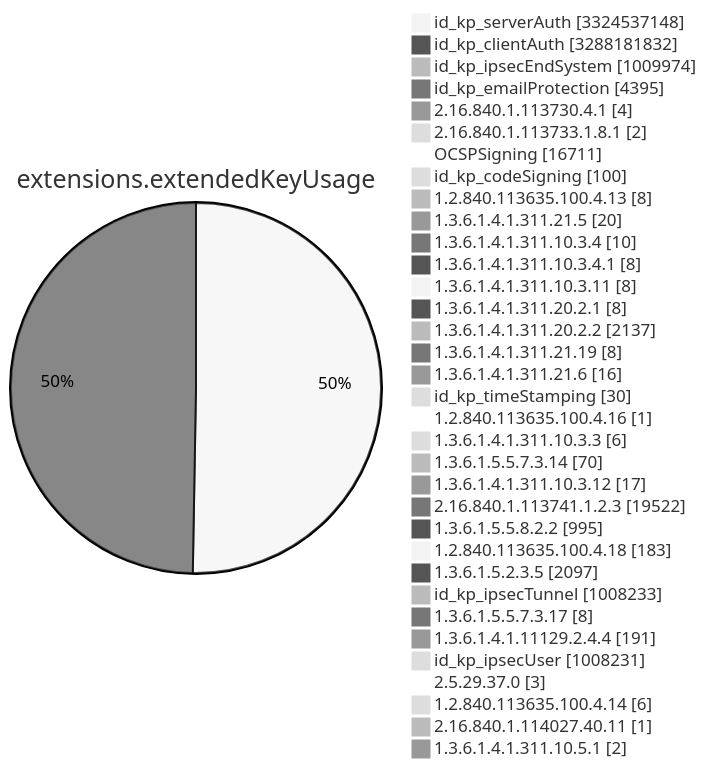
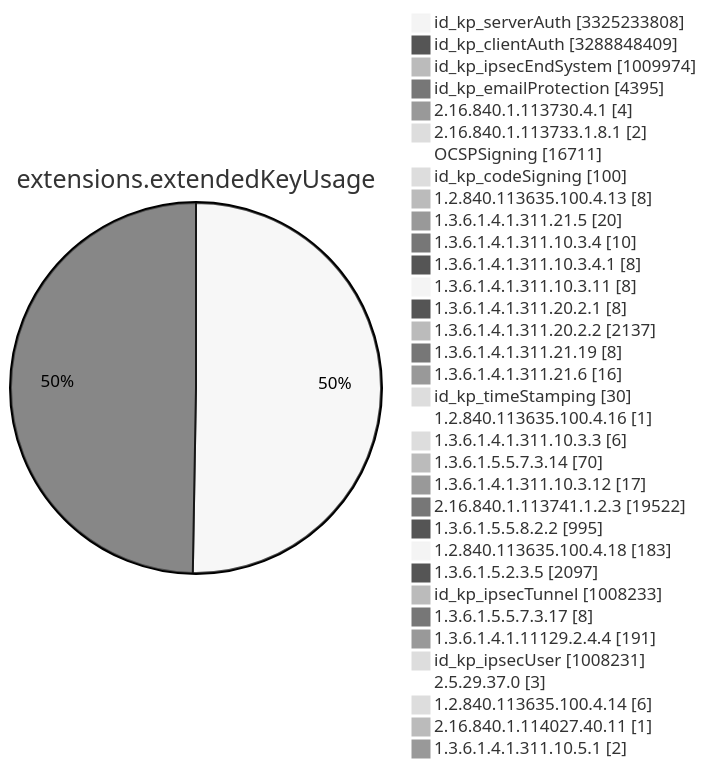
Before and after one commit to christiankrug/ctmonitor_visualization: diagram 11 of 15 in TOTAL/README.md, drawn with Mermaid (neutral theme). The commit also changed other lines of this file, not shown here.

````diff
--- a/TOTAL/README.md
+++ b/TOTAL/README.md
@@ -4120,38 +4120,38 @@
 ```mermaid
 pie showData
 title extensions.extendedKeyUsage
-"id_kp_serverAuth" :3324537148
-"id_kp_clientAuth" :3288181832
+"id_kp_serverAuth" :3325233808
+"id_kp_clientAuth" :3288848409
 "id_kp_ipsecEndSystem" :1009974
 "id_kp_emailProtection" :4395
 "2.16.840.1.113730.4.1" :4
 "2.16.840.1.113733.1.8.1" :2
 "OCSPSigning" :16711
 "id_kp_codeSigning" :100
 "1.2.840.113635.100.4.13" :8
 "1.3.6.1.4.1.311.21.5" :20
 "1.3.6.1.4.1.311.10.3.4" :10
 "1.3.6.1.4.1.311.10.3.4.1" :8
 "1.3.6.1.4.1.311.10.3.11" :8
 "1.3.6.1.4.1.311.20.2.1" :8
 "1.3.6.1.4.1.311.20.2.2" :2137
 "1.3.6.1.4.1.311.21.19" :8
 "1.3.6.1.4.1.311.21.6" :16
 "id_kp_timeStamping" :30
 "1.2.840.113635.100.4.16" :1
 "1.3.6.1.4.1.311.10.3.3" :6
 "1.3.6.1.5.5.7.3.14" :70
 "1.3.6.1.4.1.311.10.3.12" :17
 "2.16.840.1.113741.1.2.3" :19522
 "1.3.6.1.5.5.8.2.2" :995
 "1.2.840.113635.100.4.18" :183
 "1.3.6.1.5.2.3.5" :2097
 "id_kp_ipsecTunnel" :1008233
 "1.3.6.1.5.5.7.3.17" :8
 "1.3.6.1.4.1.11129.2.4.4" :191
 "id_kp_ipsecUser" :1008231
 "2.5.29.37.0" :3
 "1.2.840.113635.100.4.14" :6
 "2.16.840.1.114027.40.11" :1
 "1.3.6.1.4.1.311.10.5.1" :2
 ```
````
